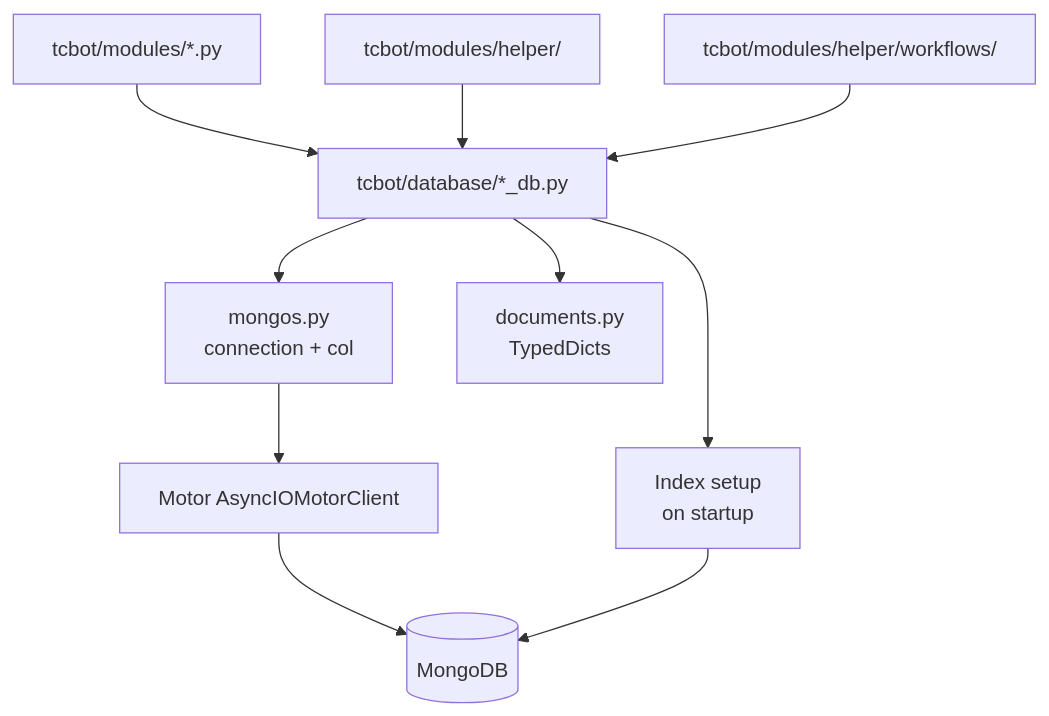
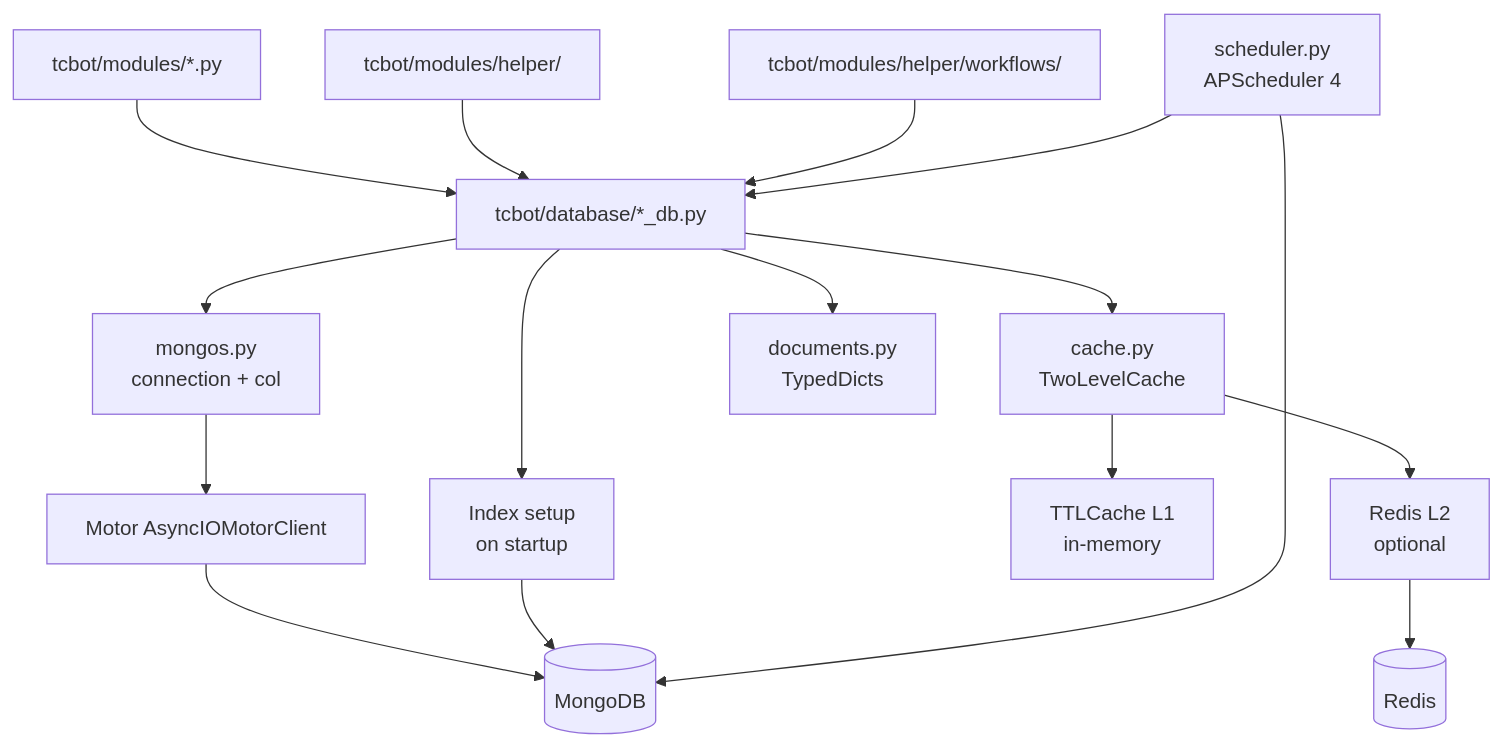
The diagram in docs/databases/databases.md (D1ZZY4/tcbot), drawn with Mermaid before and after one commit. The commit also changed other lines of this file and 10 other files, not shown here.

````diff
--- a/docs/databases/databases.md
+++ b/docs/databases/databases.md
@@ -7,12 +7,18 @@
 ```mermaid
 flowchart TD
     Modules[tcbot/modules/*.py] --> DBHelpers[tcbot/database/*_db.py]
     Helpers[tcbot/modules/helper/] --> DBHelpers
     Workflows[tcbot/modules/helper/workflows/] --> DBHelpers
     DBHelpers --> Mongos[mongos.py<br/>connection + col]
+    DBHelpers --> Cache[cache.py<br/>TwoLevelCache]
     DBHelpers --> Documents[documents.py<br/>TypedDicts]
     Mongos --> Motor[Motor AsyncIOMotorClient]
     Motor --> MongoDB[(MongoDB)]
     DBHelpers --> Indexes[Index setup<br/>on startup]
     Indexes --> MongoDB
+    Cache --> L1[TTLCache L1<br/>in-memory]
+    Cache --> L2[Redis L2<br/>optional]
+    L2 --> Redis[(Redis)]
+    Scheduler[scheduler.py<br/>APScheduler 4] --> MongoDB
+    Scheduler --> DBHelpers
 ```
````
